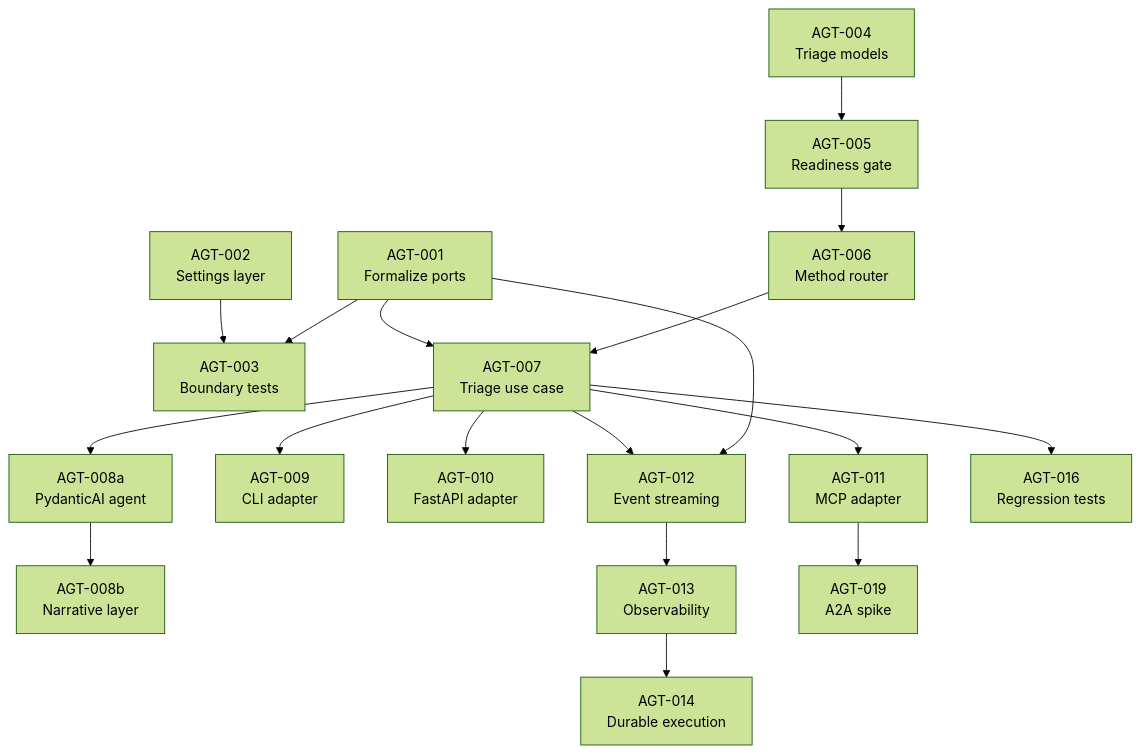
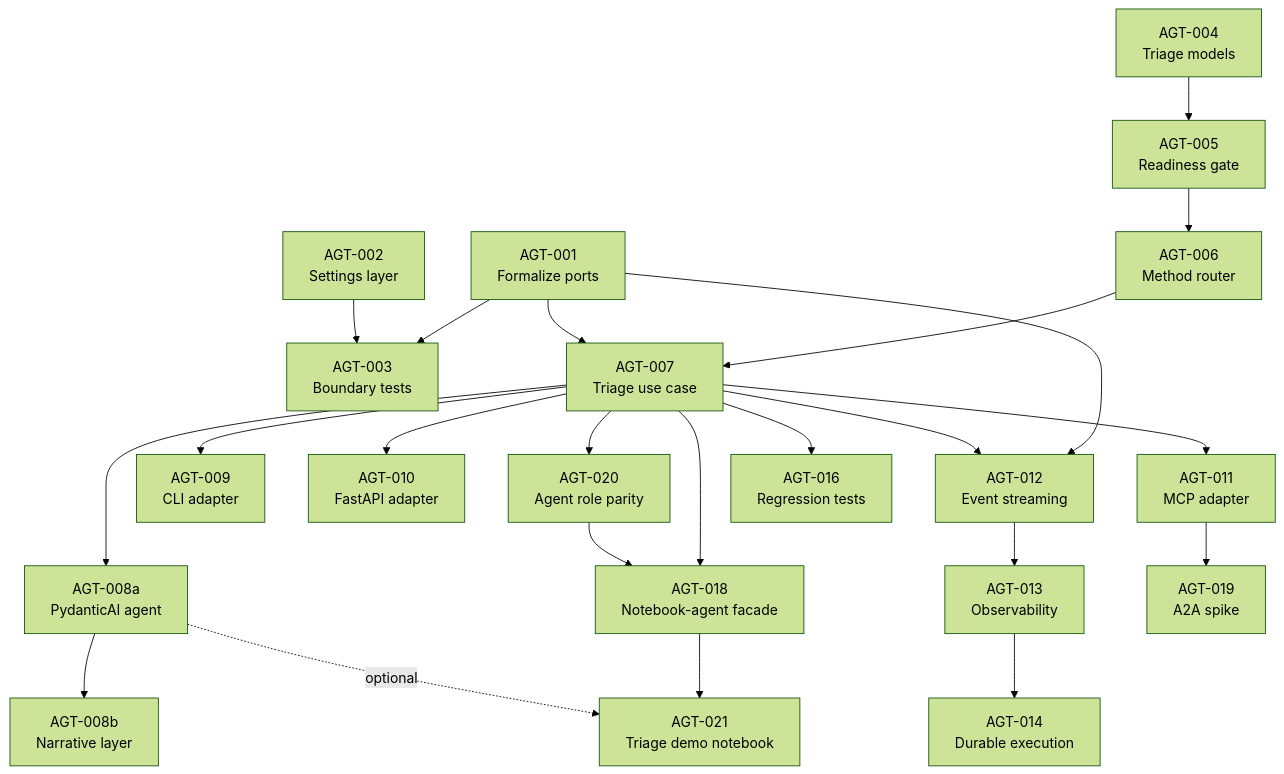
One commit to AdamKrysztopa/dependence-forecastability changed the diagram in docs/plan/agentic_triage_backlog.md. Above: the diagram before and after it, drawn with Mermaid (forest theme). The commit also changed other lines of this file and 6 other files, not shown here.

````diff
--- a/docs/plan/agentic_triage_backlog.md
+++ b/docs/plan/agentic_triage_backlog.md
@@ -802,20 +973,25 @@
 ```mermaid
 graph TD
     AGT001["AGT-001<br>Formalize ports"] --> AGT003["AGT-003<br>Boundary tests"]
     AGT002["AGT-002<br>Settings layer"] --> AGT003
     AGT004["AGT-004<br>Triage models"] --> AGT005["AGT-005<br>Readiness gate"]
     AGT005 --> AGT006["AGT-006<br>Method router"]
     AGT006 --> AGT007["AGT-007<br>Triage use case"]
     AGT001 --> AGT007
     AGT007 --> AGT008a["AGT-008a<br>PydanticAI agent"]
     AGT008a --> AGT008b["AGT-008b<br>Narrative layer"]
+    AGT007 --> AGT020["AGT-020<br>Agent role parity"]
     AGT007 --> AGT009["AGT-009<br>CLI adapter"]
     AGT007 --> AGT010["AGT-010<br>FastAPI adapter"]
     AGT007 --> AGT011["AGT-011<br>MCP adapter"]
+    AGT007 --> AGT018["AGT-018<br>Notebook-agent facade"]
+    AGT018 --> AGT021["AGT-021<br>Triage demo notebook"]
+    AGT020 --> AGT018
+    AGT008a -.->|optional| AGT021
     AGT001 --> AGT012["AGT-012<br>Event streaming"]
     AGT007 --> AGT012
     AGT012 --> AGT013["AGT-013<br>Observability"]
     AGT013 --> AGT014["AGT-014<br>Durable execution"]
     AGT007 --> AGT016["AGT-016<br>Regression tests"]
     AGT011 --> AGT019["AGT-019<br>A2A spike"]
 ```
````
